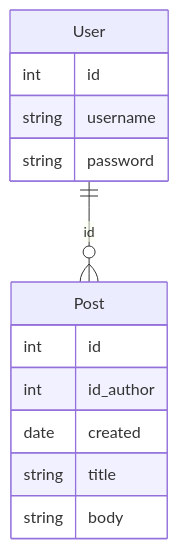
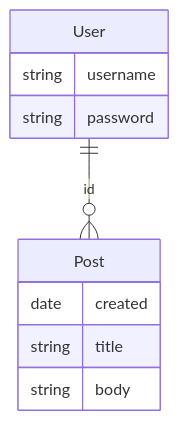
One commit to ling047/BlogFlaskTutorial changed the diagram in doc/modeldedades.mermaid. Above: the diagram before and after it, drawn with Mermaid.

```diff
--- a/doc/modeldedades.mermaid
+++ b/doc/modeldedades.mermaid
@@ -1,14 +1,13 @@
 erDiagram
     User || --o{ Post :id
     User{
-        int id
+        
         string username
         string password
     }
     Post{
-        int id
-        int id_author
+        
         date created
         string title
         string body
     }
```
